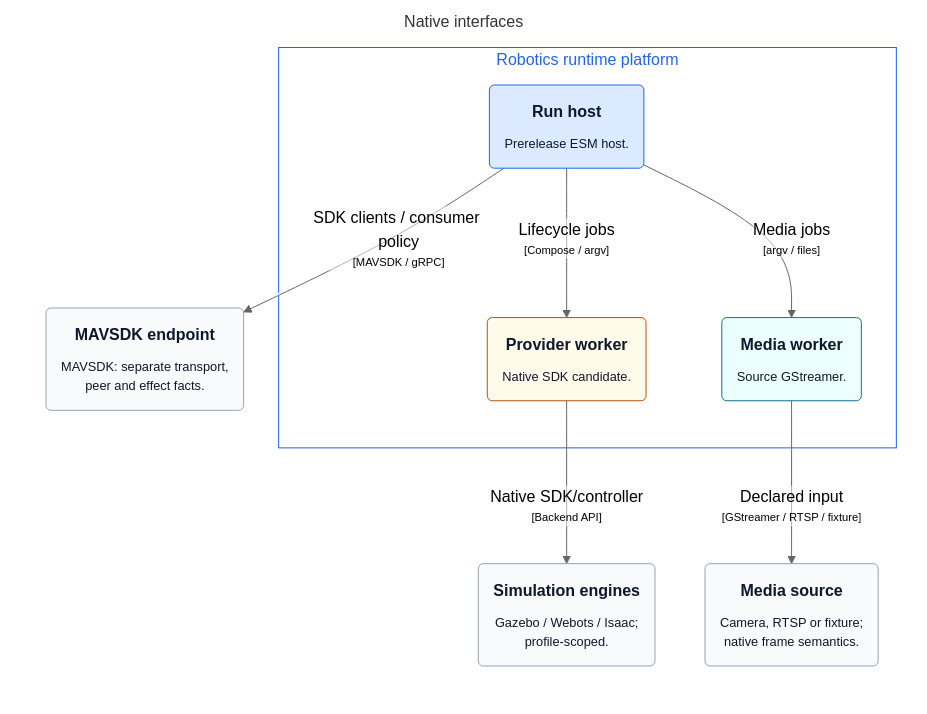
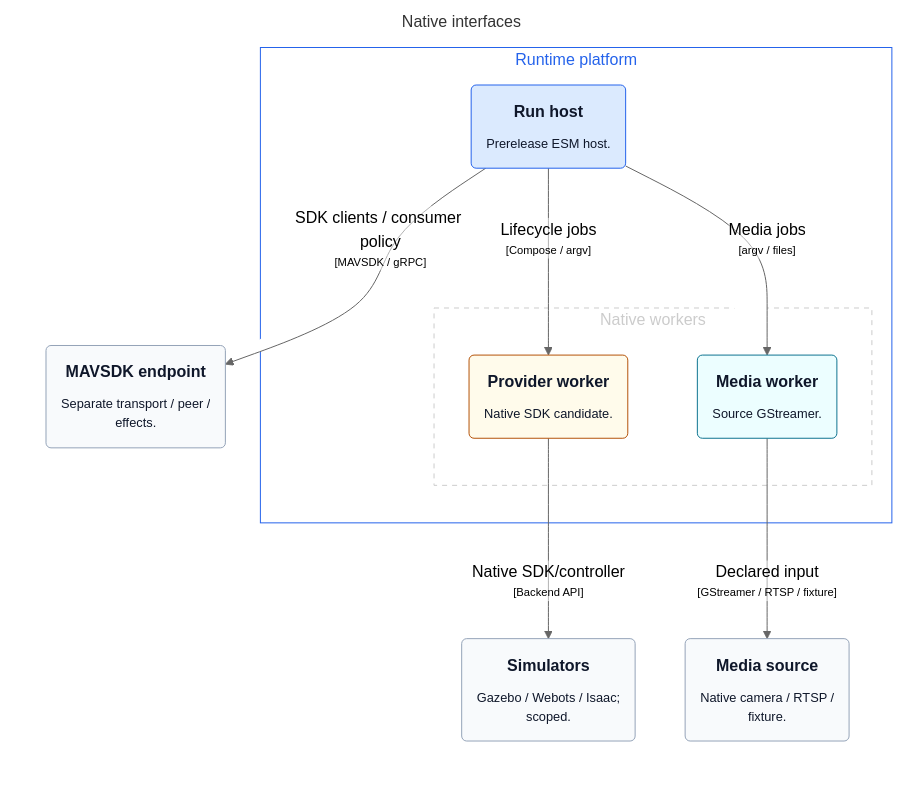
The diagram in docs/architecture/generated/structurizr-NativeInterfaces.mmd (mmkolpakov/robotics-runtime), drawn with Mermaid (neutral theme) before and after one commit. The commit also changed 18 other files, not shown here.

```diff
--- a/docs/architecture/generated/structurizr-NativeInterfaces.mmd
+++ b/docs/architecture/generated/structurizr-NativeInterfaces.mmd
@@ -1,31 +1,36 @@
 graph LR
   linkStyle default fill:#ffffff
 
   subgraph diagram ["Native interfaces"]
     style diagram fill:#ffffff,stroke:#ffffff
 
-    3("<div style='font-weight: bold'>Simulation engines</div><div style='font-size: 80%; margin-top:10px'>Gazebo / Webots / Isaac;<br />profile-scoped.</div>")
+    3("<div style='font-weight: bold'>Simulators</div><div style='font-size: 80%; margin-top:10px'>Gazebo / Webots / Isaac;<br />scoped.</div>")
     style 3 fill:#f8fafc,stroke:#94a3b8,color:#0f172a
-    4("<div style='font-weight: bold'>MAVSDK endpoint</div><div style='font-size: 80%; margin-top:10px'>MAVSDK: separate transport,<br />peer and effect facts.</div>")
+    4("<div style='font-weight: bold'>MAVSDK endpoint</div><div style='font-size: 80%; margin-top:10px'>Separate transport / peer /<br />effects.</div>")
     style 4 fill:#f8fafc,stroke:#94a3b8,color:#0f172a
-    5("<div style='font-weight: bold'>Media source</div><div style='font-size: 80%; margin-top:10px'>Camera, RTSP or fixture;<br />native frame semantics.</div>")
+    5("<div style='font-weight: bold'>Media source</div><div style='font-size: 80%; margin-top:10px'>Native camera / RTSP /<br />fixture.</div>")
     style 5 fill:#f8fafc,stroke:#94a3b8,color:#0f172a
 
-    subgraph 7 ["Robotics runtime platform"]
+    subgraph 7 ["Runtime platform"]
       style 7 fill:#ffffff,stroke:#2563eb,color:#2563eb
 
-      11("<div style='font-weight: bold'>Provider worker</div><div style='font-size: 80%; margin-top:10px'>Native SDK candidate.</div>")
-      style 11 fill:#fffbeb,stroke:#b45309,color:#0f172a
-      12("<div style='font-weight: bold'>Media worker</div><div style='font-size: 80%; margin-top:10px'>Source GStreamer.</div>")
-      style 12 fill:#ecfeff,stroke:#0e7490,color:#0f172a
+      subgraph group1 ["Native workers"]
+        style group1 fill:#ffffff,stroke:#cccccc,color:#cccccc,stroke-dasharray:5
+
+        11("<div style='font-weight: bold'>Provider worker</div><div style='font-size: 80%; margin-top:10px'>Native SDK candidate.</div>")
+        style 11 fill:#fffbeb,stroke:#b45309,color:#0f172a
+        12("<div style='font-weight: bold'>Media worker</div><div style='font-size: 80%; margin-top:10px'>Source GStreamer.</div>")
+        style 12 fill:#ecfeff,stroke:#0e7490,color:#0f172a
+      end
+
       8("<div style='font-weight: bold'>Run host</div><div style='font-size: 80%; margin-top:10px'>Prerelease ESM host.</div>")
       style 8 fill:#dbeafe,stroke:#2563eb,color:#0f172a
     end
 
     8-- "<div>Lifecycle jobs</div><div style='font-size: 70%'>[Compose / argv]</div>" -->11
     8-- "<div>SDK clients / consumer policy</div><div style='font-size: 70%'>[MAVSDK / gRPC]</div>" -->4
     8-- "<div>Media jobs</div><div style='font-size: 70%'>[argv / files]</div>" -->12
     12-- "<div>Declared input</div><div style='font-size: 70%'>[GStreamer / RTSP / fixture]</div>" -->5
     11-- "<div>Native SDK/controller</div><div style='font-size: 70%'>[Backend API]</div>" -->3
 
   end
```
